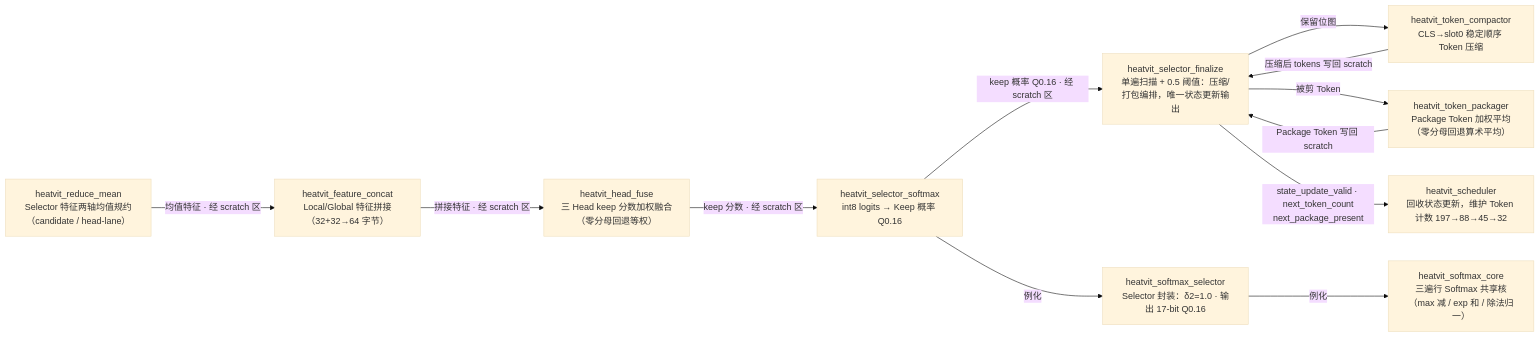
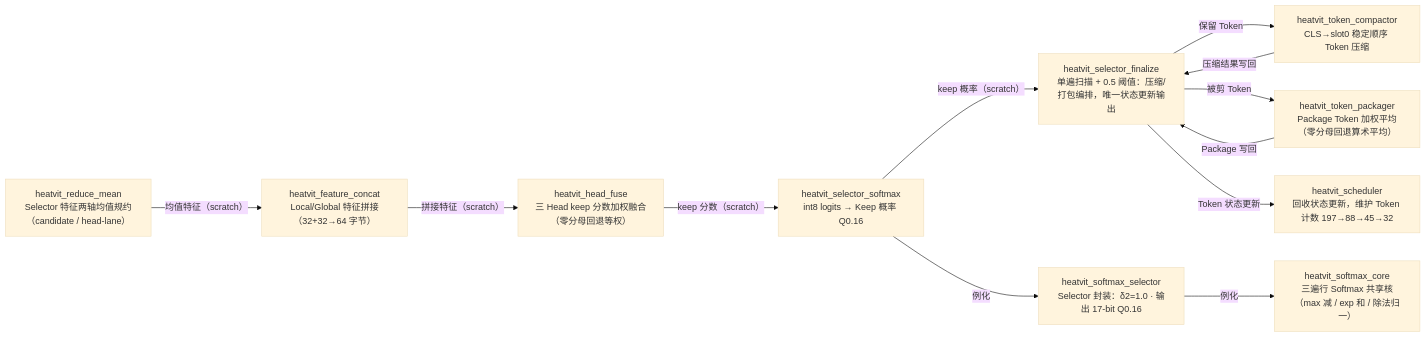
One commit to YOUXINYANG/HeatViT changed the diagram in docs/diagrams/heatvit_framework_04_selector.mmd. Above: the diagram before and after it, drawn with Mermaid (base theme). The commit also changed 7 other files, not shown here.

Commit message:
docs: simplify framework diagram edge labels (01 top, 02 executor, 03 gemm, 04 selector)

```diff
--- a/docs/diagrams/heatvit_framework_04_selector.mmd
+++ b/docs/diagrams/heatvit_framework_04_selector.mmd
@@ -1,26 +1,26 @@
 %% HeatViT RTL 框架图 · 图 4/4：Token Selector 链（时间分时，经 scratch 区级联）
 %% 注意：模块间没有直接连线——每个模块对应一条描述符，经 mem_master 读写 scratch 区
 %% 分时级联；箭头表示数据依赖顺序，而非物理连线。
 flowchart LR
   REDM["heatvit_reduce_mean<br/>Selector 特征两轴均值规约（candidate / head-lane）"]
   CONC["heatvit_feature_concat<br/>Local/Global 特征拼接（32+32→64 字节）"]
   HFU["heatvit_head_fuse<br/>三 Head keep 分数加权融合（零分母回退等权）"]
   SSM["heatvit_selector_softmax<br/>int8 logits → Keep 概率 Q0.16"]
   FINZ["heatvit_selector_finalize<br/>单遍扫描 + 0.5 阈值：压缩/打包编排，唯一状态更新输出"]
   COMP["heatvit_token_compactor<br/>CLS→slot0 稳定顺序 Token 压缩"]
   PKG["heatvit_token_packager<br/>Package Token 加权平均（零分母回退算术平均）"]
   SELS["heatvit_softmax_selector<br/>Selector 封装：δ2=1.0 · 输出 17-bit Q0.16"]
   SMC["heatvit_softmax_core<br/>三遍行 Softmax 共享核（max 减 / exp 和 / 除法归一）"]
   SCHED["heatvit_scheduler<br/>回收状态更新，维护 Token 计数 197→88→45→32"]
 
-  REDM -->|均值特征 · 经 scratch 区| CONC
-  CONC -->|拼接特征 · 经 scratch 区| HFU
-  HFU -->|keep 分数 · 经 scratch 区| SSM
-  SSM -->|keep 概率 Q0.16 · 经 scratch 区| FINZ
-  FINZ -->|保留位图| COMP
+  REDM -->|均值特征（scratch）| CONC
+  CONC -->|拼接特征（scratch）| HFU
+  HFU -->|keep 分数（scratch）| SSM
+  SSM -->|keep 概率（scratch）| FINZ
+  FINZ -->|保留 Token| COMP
   FINZ -->|被剪 Token| PKG
-  COMP -->|压缩后 tokens 写回 scratch| FINZ
-  PKG -->|Package Token 写回 scratch| FINZ
-  FINZ -->|state_update_valid · next_token_count<br/>next_package_present| SCHED
+  COMP -->|压缩结果写回| FINZ
+  PKG -->|Package 写回| FINZ
+  FINZ -->|Token 状态更新| SCHED
   SSM -->|例化| SELS
   SELS -->|例化| SMC
```
